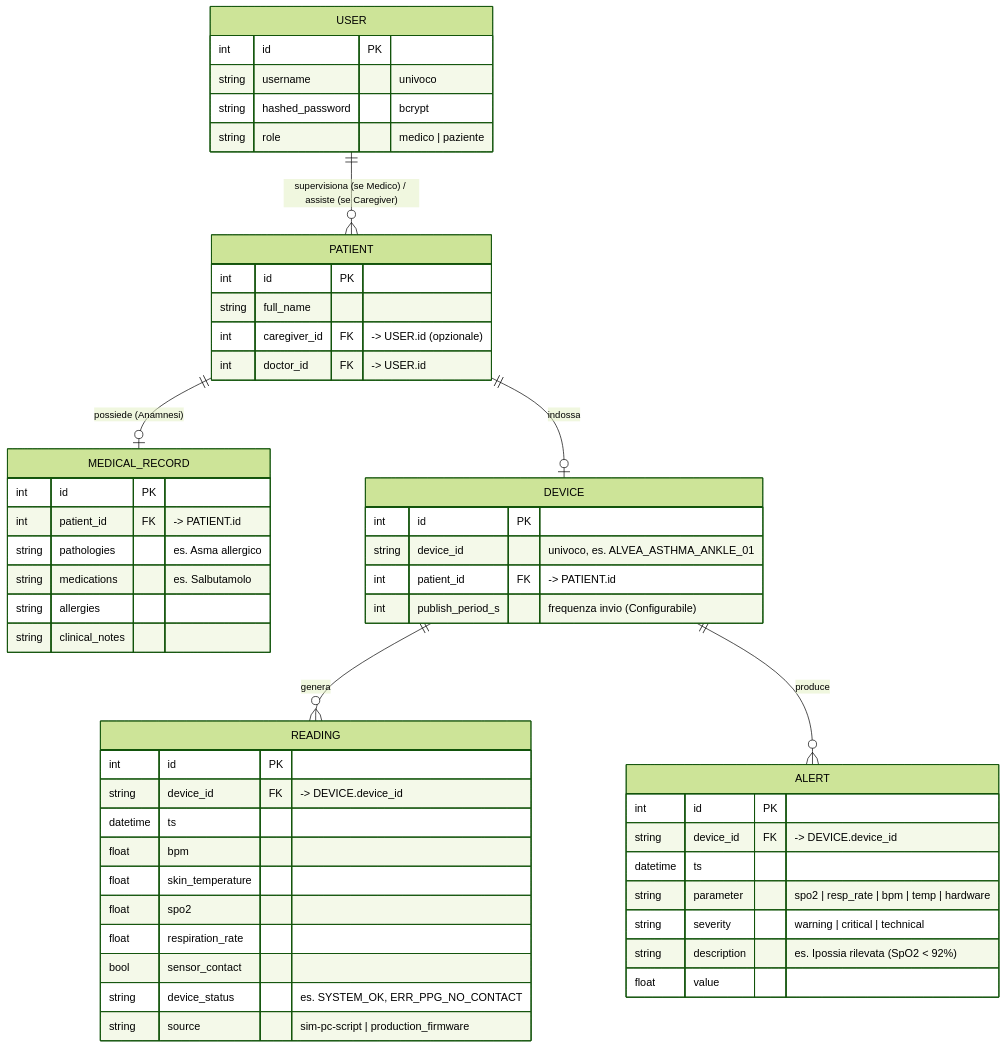
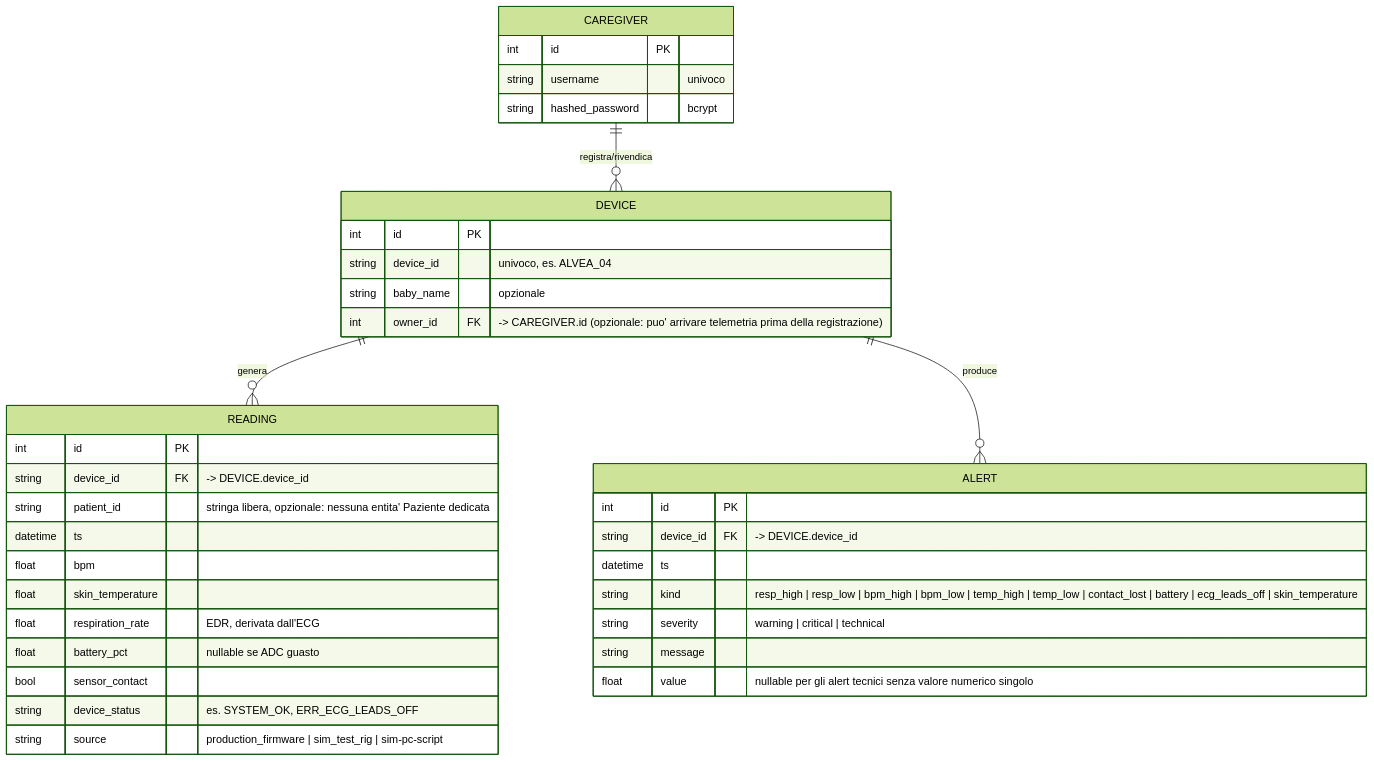
One commit to acrisci05/Alvea changed the diagram in docs/03-er-schema.md. Above: the diagram before and after it, drawn with Mermaid (forest theme). The commit also changed other lines of this file and 7 other files, not shown here.

````diff
--- a/docs/03-er-schema.md
+++ b/docs/03-er-schema.md
@@ -5,56 +5,40 @@
 ```mermaid
 erDiagram
-    USER ||--o{ PATIENT : "supervisiona (se Medico) / assiste (se Caregiver)"
-    PATIENT ||--o| MEDICAL_RECORD : "possiede (Anamnesi)"
-    PATIENT ||--o| DEVICE : "indossa"
-    DEVICE  ||--o{ READING : "genera"
-    DEVICE  ||--o{ ALERT   : "produce"
+    CAREGIVER ||--o{ DEVICE : "registra/rivendica"
+    DEVICE    ||--o{ READING : "genera"
+    DEVICE    ||--o{ ALERT   : "produce"
 
-    USER {
+    CAREGIVER {
         int    id PK
         string username "univoco"
         string hashed_password "bcrypt"
-        string role "medico | paziente"
-    }
-    PATIENT {
-        int    id PK
-        string full_name
-        int    caregiver_id FK "-> USER.id (opzionale)"
-        int    doctor_id FK "-> USER.id"
-    }
-    MEDICAL_RECORD {
-        int    id PK
-        int    patient_id FK "-> PATIENT.id"
-        string pathologies "es. Asma allergico"
-        string medications "es. Salbutamolo"
-        string allergies
-        string clinical_notes
     }
     DEVICE {
         int    id PK
-        string device_id "univoco, es. ALVEA_ASTHMA_ANKLE_01"
-        int    patient_id FK "-> PATIENT.id"
-        int    publish_period_s "frequenza invio (Configurabile)"
+        string device_id "univoco, es. ALVEA_04"
+        string baby_name "opzionale"
+        int    owner_id FK "-> CAREGIVER.id (opzionale: puo' arrivare telemetria prima della registrazione)"
     }
     READING {
         int      id PK
         string   device_id FK "-> DEVICE.device_id"
+        string   patient_id "stringa libera, opzionale: nessuna entita' Paziente dedicata"
         datetime ts
         float    bpm
         float    skin_temperature
-        float    spo2
-        float    respiration_rate
+        float    respiration_rate "EDR, derivata dall'ECG"
+        float    battery_pct "nullable se ADC guasto"
         bool     sensor_contact
-        string   device_status "es. SYSTEM_OK, ERR_PPG_NO_CONTACT"
-        string   source "sim-pc-script | production_firmware"
+        string   device_status "es. SYSTEM_OK, ERR_ECG_LEADS_OFF"
+        string   source "production_firmware | sim_test_rig | sim-pc-script"
     }
     ALERT {
         int      id PK
         string   device_id FK "-> DEVICE.device_id"
         datetime ts
-        string   parameter "spo2 | resp_rate | bpm | temp | hardware"
+        string   kind "resp_high | resp_low | bpm_high | bpm_low | temp_high | temp_low | contact_lost | battery | ecg_leads_off | skin_temperature"
         string   severity "warning | critical | technical"
-        string   description "es. Ipossia rilevata (SpO2 < 92%)"
-        float    value
+        string   message
+        float    value "nullable per gli alert tecnici senza valore numerico singolo"
     }
 ```
````
